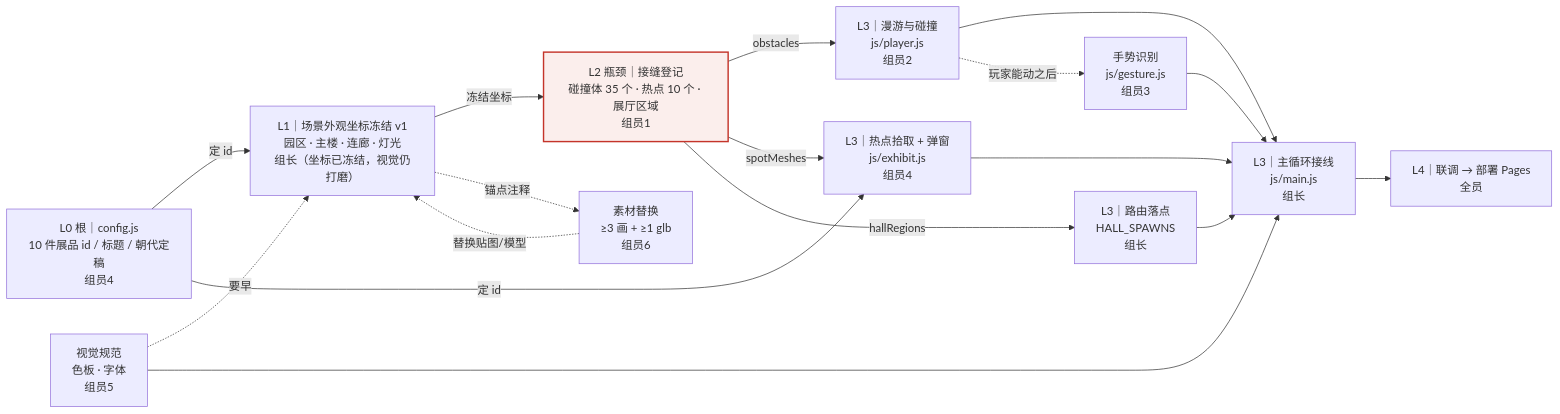
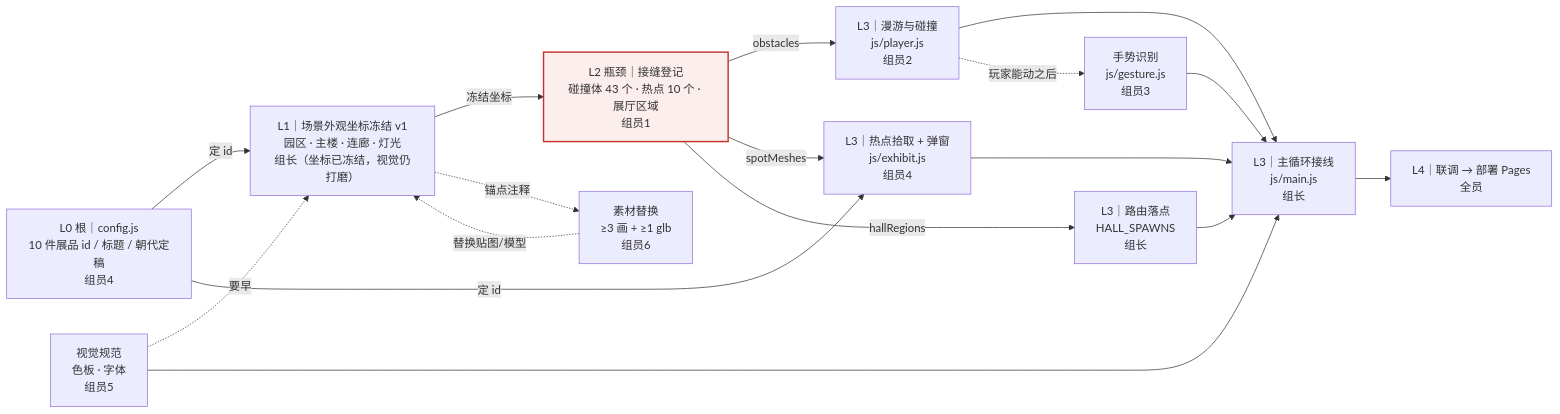
Before and after one commit to F416-Y/3d-gesture-museum: the diagram in docs/任务思维导图.md, drawn with Mermaid. The commit also changed other lines of this file and 5 other files, not shown here.

````diff
--- a/docs/任务思维导图.md
+++ b/docs/任务思维导图.md
@@ -9,32 +9,32 @@
 ```mermaid
 flowchart LR
   P0["L0 根｜config.js<br/>10 件展品 id / 标题 / 朝代定稿<br/>组员4"]
   P1["L1｜场景外观坐标冻结 v1<br/>园区 · 主楼 · 连廊 · 灯光<br/>组长（坐标已冻结，视觉仍打磨）"]
-  P2["L2 瓶颈｜接缝登记<br/>碰撞体 35 个 · 热点 10 个 · 展厅区域<br/>组员1"]
+  P2["L2 瓶颈｜接缝登记<br/>碰撞体 43 个 · 热点 10 个 · 展厅区域<br/>组员1"]
   P3["L3｜漫游与碰撞<br/>js/player.js<br/>组员2"]
   P4["L3｜热点拾取 + 弹窗<br/>js/exhibit.js<br/>组员4"]
   P5["L3｜路由落点<br/>HALL_SPAWNS<br/>组长"]
   P6["L3｜主循环接线<br/>js/main.js<br/>组长"]
   P7["L4｜联调 → 部署 Pages<br/>全员"]
 
   P0 -->|定 id| P1
   P0 -->|定 id| P4
   P1 -->|冻结坐标| P2
   P2 -->|obstacles| P3
   P2 -->|spotMeshes| P4
   P2 -->|hallRegions| P5
   P3 --> P6
   P4 --> P6
   P5 --> P6
   P6 --> P7
 
   U["视觉规范<br/>色板 · 字体<br/>组员5"] -.->|要早| P1
   U --> P6
   P3 -.->|玩家能动之后| G["手势识别<br/>js/gesture.js<br/>组员3"]
   G --> P6
   P1 -.->|锚点注释| A["素材替换<br/>≥3 画 + ≥1 glb<br/>组员6"]
   A -.->|替换贴图/模型| P1
 
   classDef hot fill:#fbeeec,stroke:#c4342a,stroke-width:2px
   class P2 hot
 ```
````
